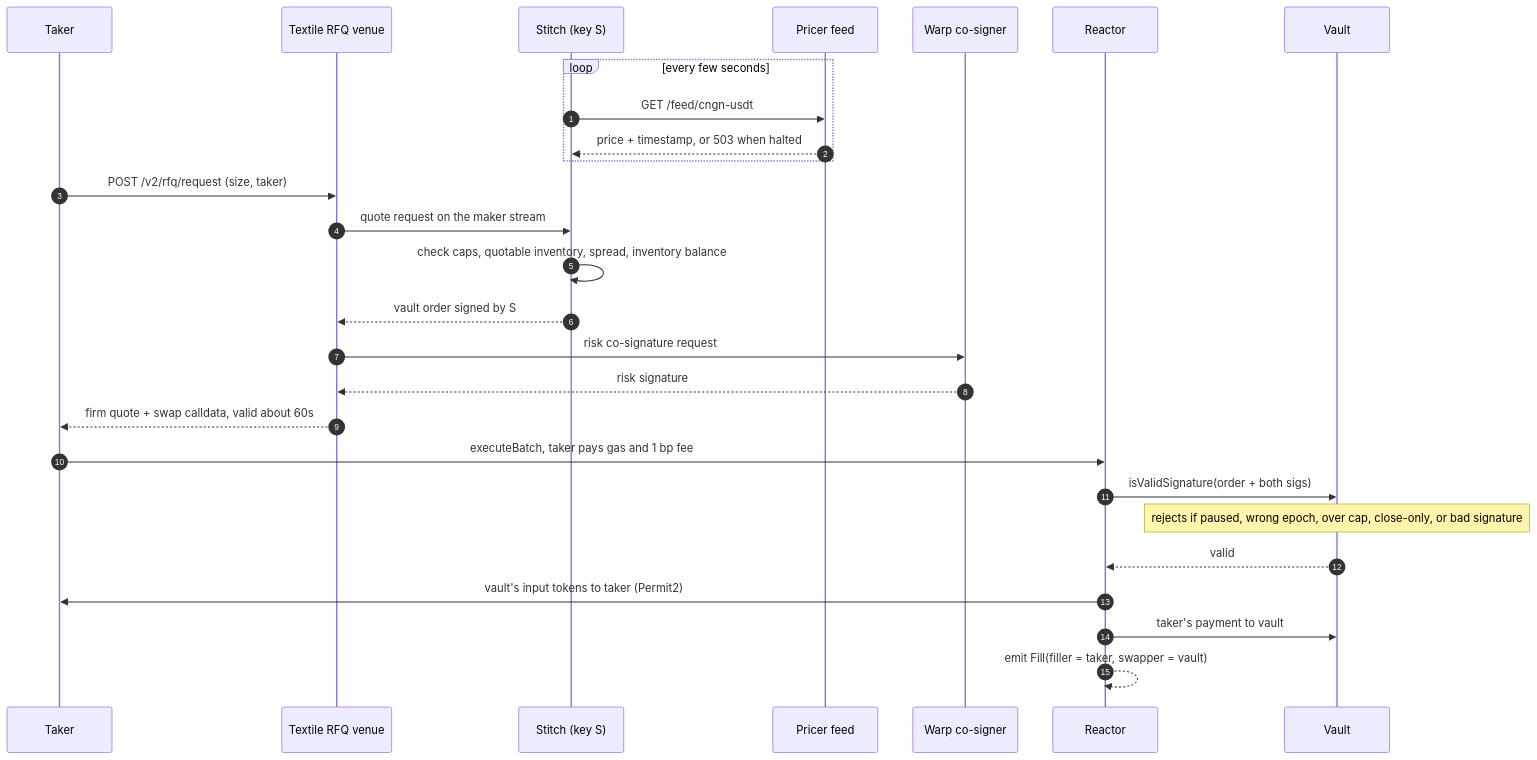
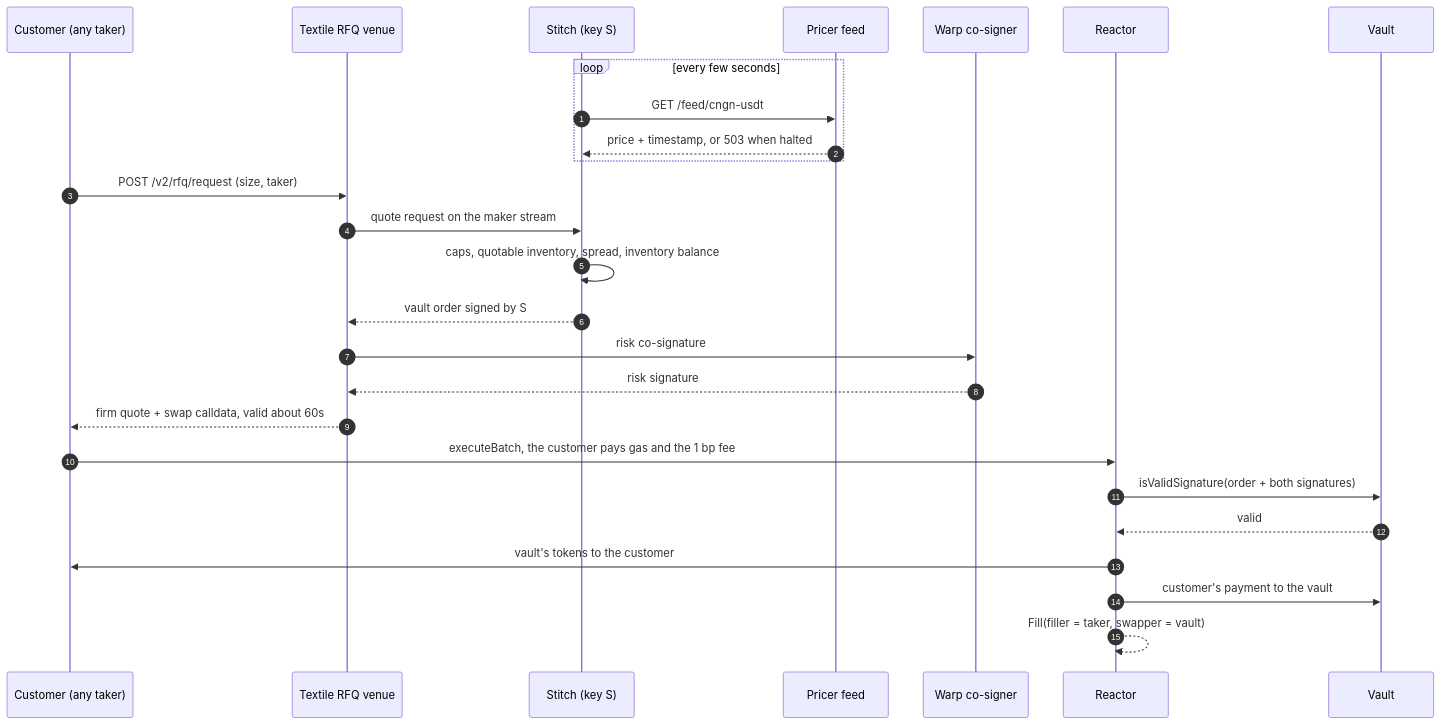
One commit to Kanasjnr/naira-desk changed the fifth of 11 diagrams in docs/ARCHITECTURE.md. Above: the diagram before and after it, drawn with Mermaid. The commit also changed other lines of this file and 1 other file, not shown here.

````diff
--- a/docs/ARCHITECTURE.md
+++ b/docs/ARCHITECTURE.md
@@ -261,29 +290,28 @@
 ```mermaid
 sequenceDiagram
   autonumber
-  participant T as Taker
+  participant C as Customer (any taker)
   participant X as Textile RFQ venue
   participant S as Stitch (key S)
   participant P as Pricer feed
   participant W as Warp co-signer
   participant R as Reactor
   participant V as Vault
   loop every few seconds
     S->>P: GET /feed/cngn-usdt
     P-->>S: price + timestamp, or 503 when halted
   end
-  T->>X: POST /v2/rfq/request (size, taker)
+  C->>X: POST /v2/rfq/request (size, taker)
   X->>S: quote request on the maker stream
-  S->>S: check caps, quotable inventory, spread, inventory balance
+  S->>S: caps, quotable inventory, spread, inventory balance
   S-->>X: vault order signed by S
-  X->>W: risk co-signature request
+  X->>W: risk co-signature
   W-->>X: risk signature
-  X-->>T: firm quote + swap calldata, valid about 60s
-  T->>R: executeBatch, taker pays gas and 1 bp fee
-  R->>V: isValidSignature(order + both sigs)
-  Note over V: rejects if paused, wrong epoch, over cap, close-only, or bad signature
+  X-->>C: firm quote + swap calldata, valid about 60s
+  C->>R: executeBatch, the customer pays gas and the 1 bp fee
+  R->>V: isValidSignature(order + both signatures)
   V-->>R: valid
-  R->>T: vault's input tokens to taker (Permit2)
-  R->>V: taker's payment to vault
-  R-->>R: emit Fill(filler = taker, swapper = vault)
+  R->>C: vault's tokens to the customer
+  R->>V: customer's payment to the vault
+  R-->>R: Fill(filler = taker, swapper = vault)
 ```
````
